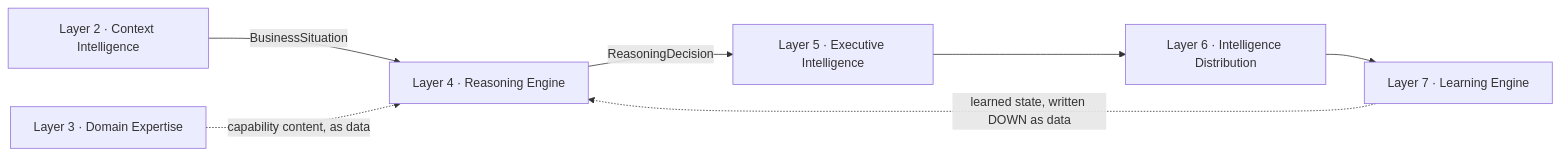
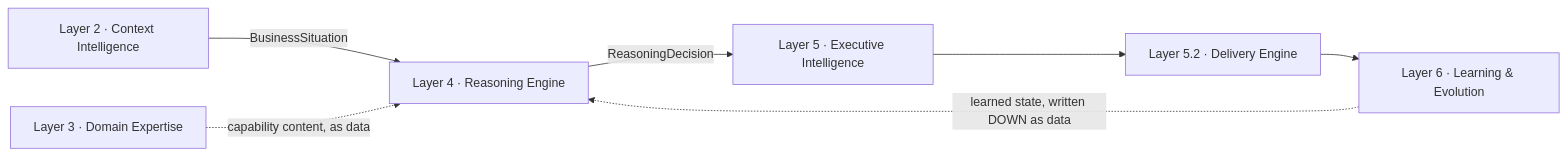
One commit to themoronss/genios-brain changed the first of 9 diagrams in System Design/Layer-4-Reasoning-Engine/_reference/Integration-and-Activation.md. Above: the diagram before and after it, drawn with Mermaid. The commit also changed other lines of this file and 316 other files, not shown here.

````diff
--- a/System Design/Layer-4-Reasoning-Engine/_reference/Integration-and-Activation.md
+++ b/System Design/Layer-4-Reasoning-Engine/_reference/Integration-and-Activation.md
@@ -20,9 +20,9 @@
 ```mermaid
 flowchart LR
     L2["Layer 2 · Context Intelligence"] -->|"BusinessSituation"| L4
     L3["Layer 3 · Domain Expertise"] -.->|"capability content, as data"| L4
     L4["Layer 4 · Reasoning Engine"] -->|"ReasoningDecision"| L5["Layer 5 · Executive Intelligence"]
-    L5 --> L6["Layer 6 · Intelligence Distribution"]
-    L6 --> L7["Layer 7 · Learning Engine"]
-    L7 -.->|"learned state, written DOWN as data"| L4
+    L5 --> D52["Layer 5.2 · Delivery Engine"]
+    D52 --> LEARN6["Layer 6 · Learning & Evolution"]
+    LEARN6 -.->|"learned state, written DOWN as data"| L4
 ```
````
